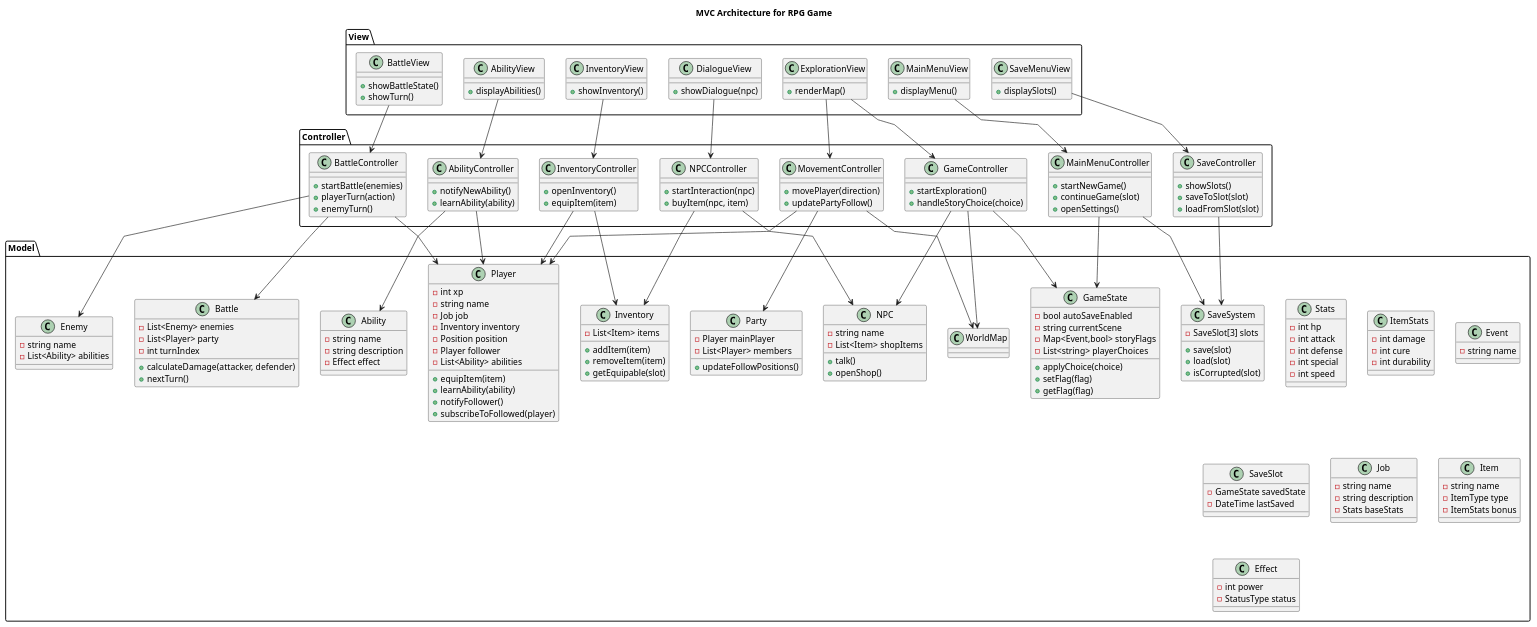
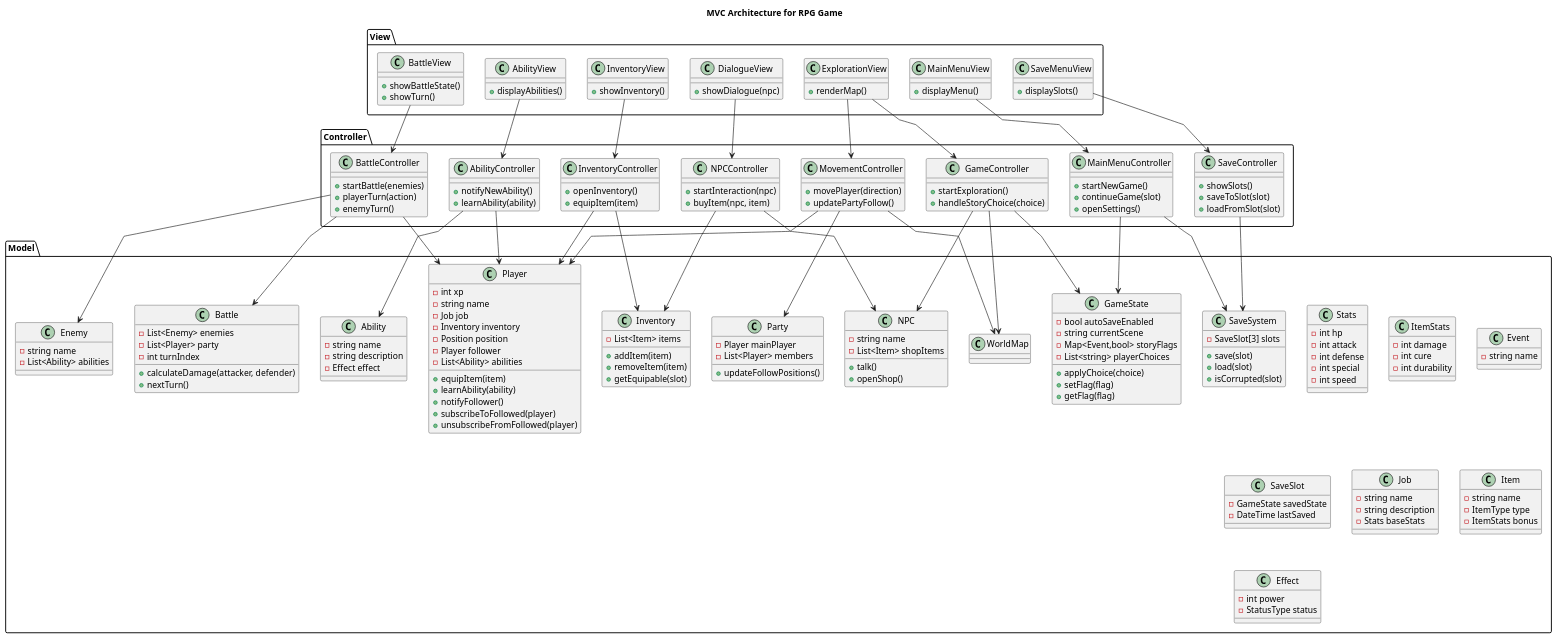
The diagram in mvc.puml (samMM-cs/iss-team2), drawn with PlantUML before and after one commit.

Commit message:
updated observer for US13

```diff
--- a/mvc.puml
+++ b/mvc.puml
@@ -56,6 +56,7 @@
         + learnAbility(ability)
         + notifyFollower()
         + subscribeToFollowed(player)
+        + unsubscribeFromFollowed(player)
     }
 
     class Job {
```
